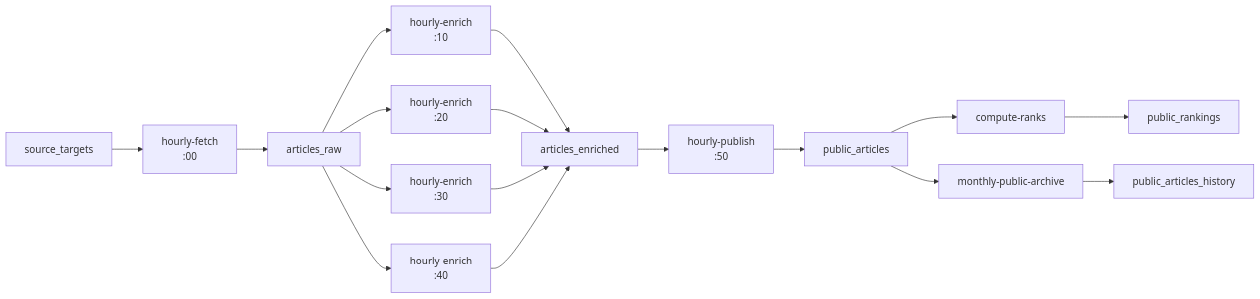
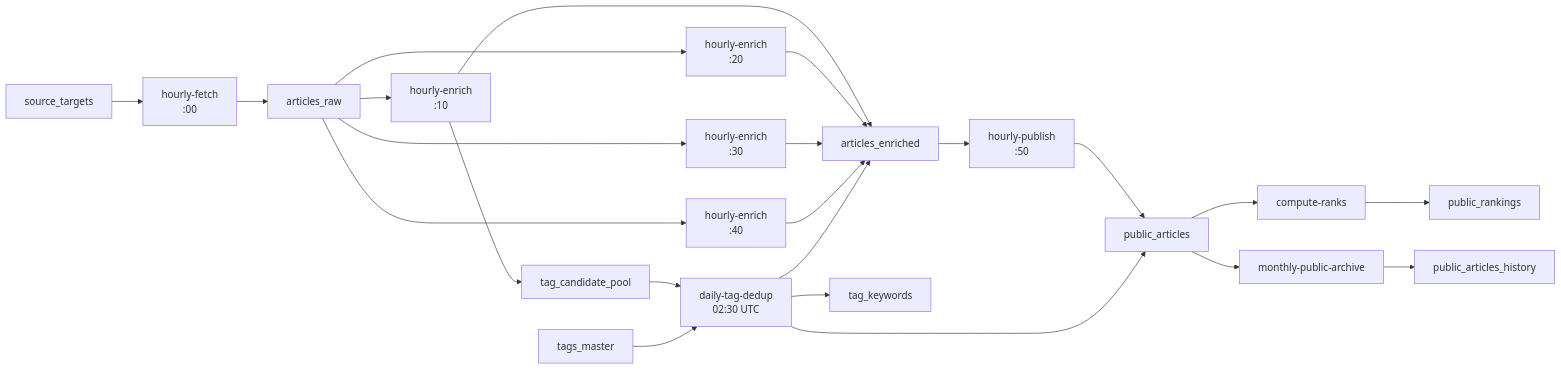
Before and after one commit to rohto4/ai-hub: the diagram in docs/imp/data-flow.md, drawn with Mermaid. The commit also changed other lines of this file and 2 other files, not shown here.

First line of the commit message:
docs: data-flow / imp-hangover / agents-task-status を最新化

````diff
--- a/docs/imp/data-flow.md
+++ b/docs/imp/data-flow.md
@@ -19,35 +20,37 @@
 ```mermaid
 flowchart LR
     ST[source_targets]
     L1[articles_raw]
     L2[articles_enriched]
     L4[public_articles]
     L4H[public_articles_history]
     R[public_rankings]
+    TCP[tag_candidate_pool]
+    TM[tags_master]
+    TK[tag_keywords]
 
     Fetch[hourly-fetch<br/>:00]
     Enrich10[hourly-enrich<br/>:10]
     Enrich20[hourly-enrich<br/>:20]
     Enrich30[hourly-enrich<br/>:30]
     Enrich40[hourly-enrich<br/>:40]
     Publish[hourly-publish<br/>:50]
     Rank[compute-ranks]
     Archive[monthly-public-archive]
+    Dedup[daily-tag-dedup<br/>02:30 UTC]
 
     ST --> Fetch
     Fetch --> L1
-    L1 --> Enrich10
-    L1 --> Enrich20
-    L1 --> Enrich30
-    L1 --> Enrich40
-    Enrich10 --> L2
-    Enrich20 --> L2
-    Enrich30 --> L2
-    Enrich40 --> L2
+    L1 --> Enrich10 & Enrich20 & Enrich30 & Enrich40
+    Enrich10 & Enrich20 & Enrich30 & Enrich40 --> L2
+    Enrich10 --> TCP
     L2 --> Publish
     Publish --> L4
-    L4 --> Rank
-    Rank --> R
-    L4 --> Archive
-    Archive --> L4H
+    L4 --> Rank --> R
+    L4 --> Archive --> L4H
+    TCP --> Dedup
+    TM --> Dedup
+    Dedup --> TK
+    Dedup --> L2
+    Dedup --> L4
 ```
````
